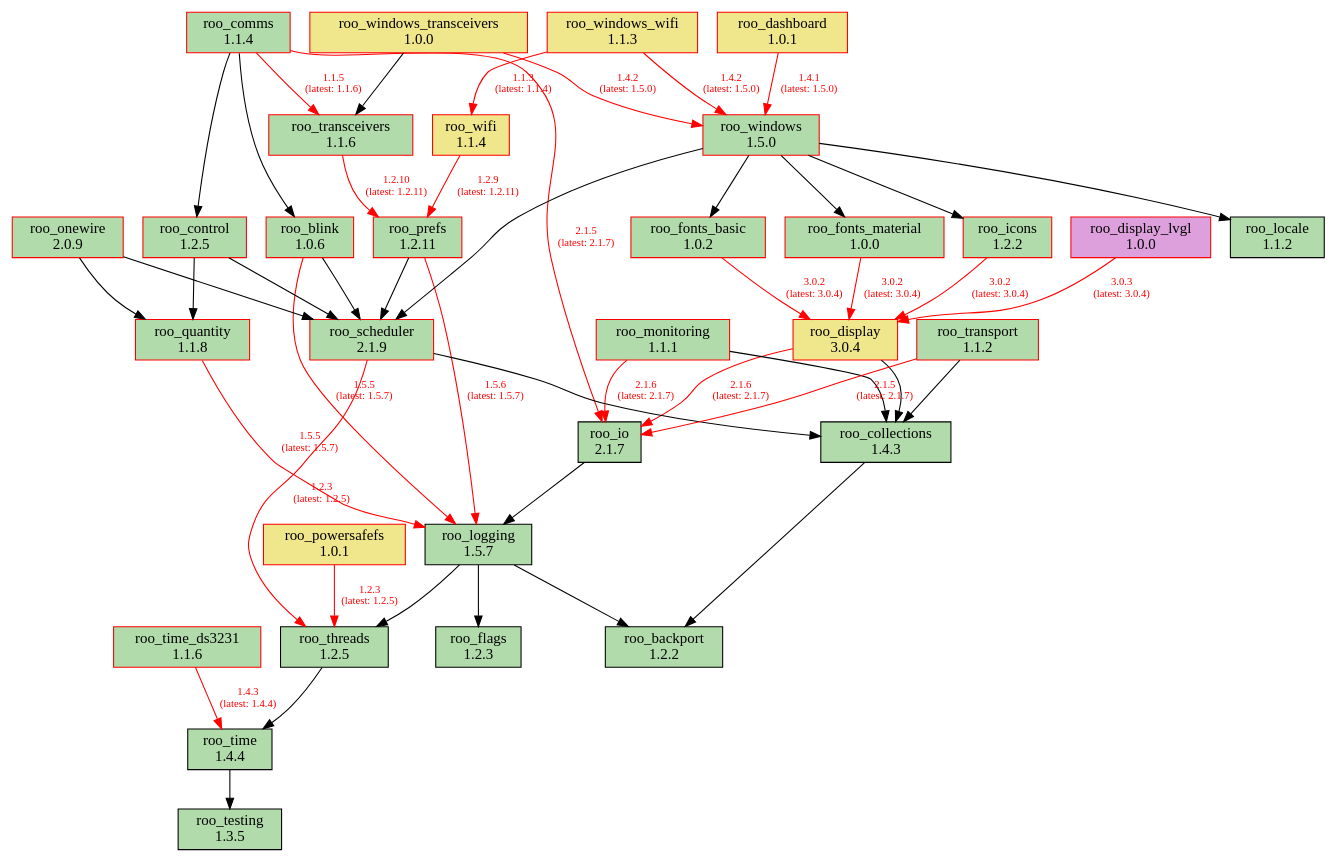
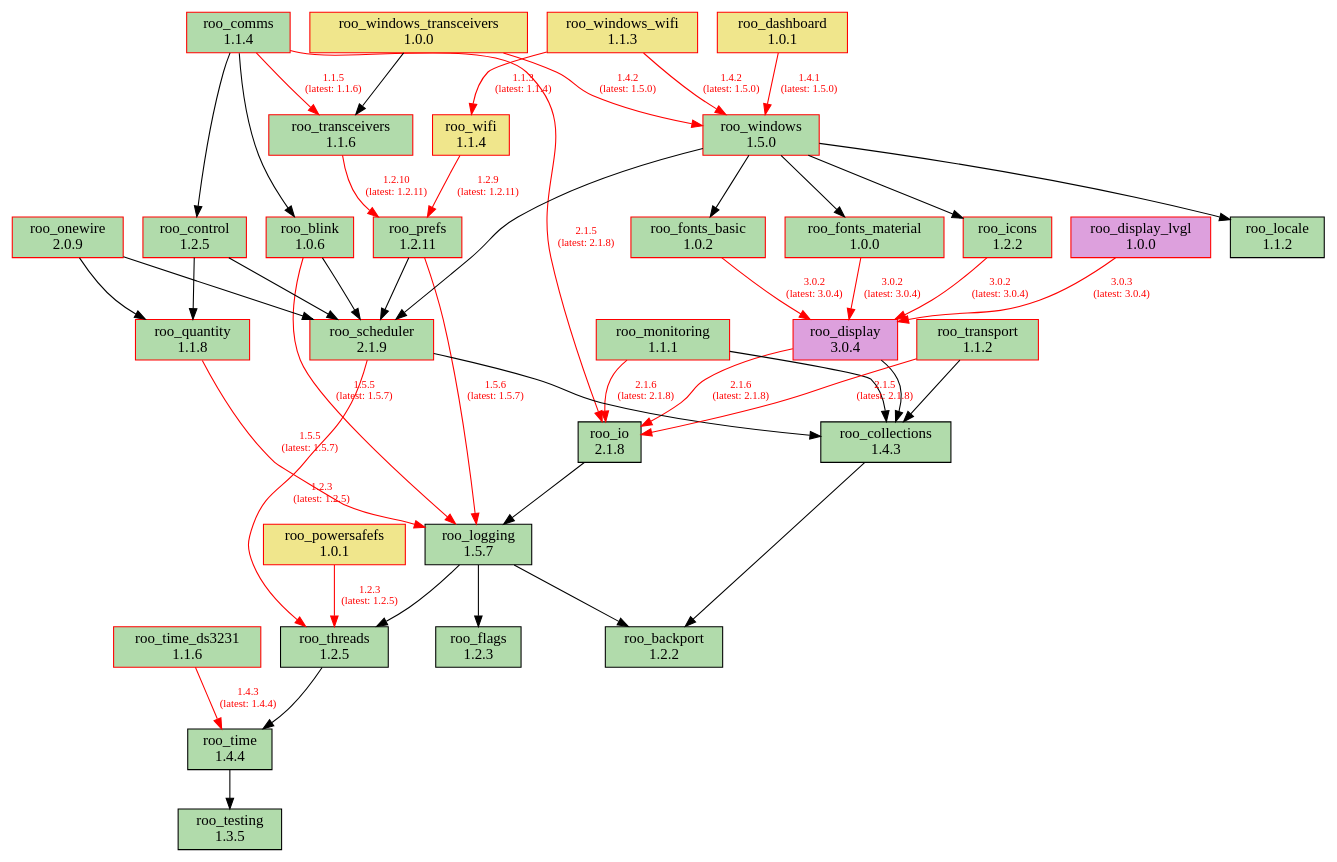
The diagram in doc/dependencies.dot (dejwk/roo-registry), drawn with Graphviz before and after one commit. The commit also changed 3 other files, not shown here.

```diff
--- a/doc/dependencies.dot
+++ b/doc/dependencies.dot
@@ -1,86 +1,86 @@
 digraph dependencies {
     rankdir=TB;
     node [shape=box, style=filled];
     edge [fontsize=10];
 
     // Modules
     "roo_backport" [label="roo_backport\n1.2.2", fillcolor="#b1dbab", color="black"];
     "roo_blink" [label="roo_blink\n1.0.6", fillcolor="#b1dbab", color="red"];
     "roo_collections" [label="roo_collections\n1.4.3", fillcolor="#b1dbab", color="black"];
     "roo_comms" [label="roo_comms\n1.1.4", fillcolor="#b1dbab", color="red"];
     "roo_control" [label="roo_control\n1.2.5", fillcolor="#b1dbab", color="red"];
     "roo_dashboard" [label="roo_dashboard\n1.0.1", fillcolor="khaki", color="red"];
-    "roo_display" [label="roo_display\n3.0.4", fillcolor="khaki", color="red"];
+    "roo_display" [label="roo_display\n3.0.4", fillcolor="plum", color="red"];
     "roo_display_lvgl" [label="roo_display_lvgl\n1.0.0", fillcolor="plum", color="red"];
     "roo_flags" [label="roo_flags\n1.2.3", fillcolor="#b1dbab", color="black"];
     "roo_fonts_basic" [label="roo_fonts_basic\n1.0.2", fillcolor="#b1dbab", color="red"];
     "roo_fonts_material" [label="roo_fonts_material\n1.0.0", fillcolor="#b1dbab", color="red"];
     "roo_icons" [label="roo_icons\n1.2.2", fillcolor="#b1dbab", color="red"];
-    "roo_io" [label="roo_io\n2.1.7", fillcolor="#b1dbab", color="black"];
+    "roo_io" [label="roo_io\n2.1.8", fillcolor="#b1dbab", color="black"];
     "roo_locale" [label="roo_locale\n1.1.2", fillcolor="#b1dbab", color="black"];
     "roo_logging" [label="roo_logging\n1.5.7", fillcolor="#b1dbab", color="black"];
     "roo_monitoring" [label="roo_monitoring\n1.1.1", fillcolor="#b1dbab", color="red"];
     "roo_onewire" [label="roo_onewire\n2.0.9", fillcolor="#b1dbab", color="red"];
     "roo_powersafefs" [label="roo_powersafefs\n1.0.1", fillcolor="khaki", color="red"];
     "roo_prefs" [label="roo_prefs\n1.2.11", fillcolor="#b1dbab", color="red"];
     "roo_quantity" [label="roo_quantity\n1.1.8", fillcolor="#b1dbab", color="red"];
     "roo_scheduler" [label="roo_scheduler\n2.1.9", fillcolor="#b1dbab", color="red"];
     "roo_testing" [label="roo_testing\n1.3.5", fillcolor="#b1dbab", color="black"];
     "roo_threads" [label="roo_threads\n1.2.5", fillcolor="#b1dbab", color="black"];
     "roo_time" [label="roo_time\n1.4.4", fillcolor="#b1dbab", color="black"];
     "roo_time_ds3231" [label="roo_time_ds3231\n1.1.6", fillcolor="#b1dbab", color="red"];
     "roo_transceivers" [label="roo_transceivers\n1.1.6", fillcolor="#b1dbab", color="red"];
     "roo_transport" [label="roo_transport\n1.1.2", fillcolor="#b1dbab", color="red"];
     "roo_wifi" [label="roo_wifi\n1.1.4", fillcolor="khaki", color="red"];
     "roo_windows" [label="roo_windows\n1.5.0", fillcolor="#b1dbab", color="red"];
     "roo_windows_transceivers" [label="roo_windows_transceivers\n1.0.0", fillcolor="khaki", color="red"];
     "roo_windows_wifi" [label="roo_windows_wifi\n1.1.3", fillcolor="khaki", color="red"];
 
     // Dependencies
     "roo_blink" -> "roo_logging" [color=red, fontcolor=red, label="1.5.5\n(latest: 1.5.7)"];
     "roo_blink" -> "roo_scheduler";
     "roo_collections" -> "roo_backport";
     "roo_comms" -> "roo_blink";
     "roo_comms" -> "roo_control";
-    "roo_comms" -> "roo_io" [color=red, fontcolor=red, label="2.1.5\n(latest: 2.1.7)"];
+    "roo_comms" -> "roo_io" [color=red, fontcolor=red, label="2.1.5\n(latest: 2.1.8)"];
     "roo_comms" -> "roo_transceivers" [color=red, fontcolor=red, label="1.1.5\n(latest: 1.1.6)"];
     "roo_control" -> "roo_quantity";
     "roo_control" -> "roo_scheduler";
     "roo_dashboard" -> "roo_windows" [color=red, fontcolor=red, label="1.4.1\n(latest: 1.5.0)"];
     "roo_display" -> "roo_collections";
-    "roo_display" -> "roo_io" [color=red, fontcolor=red, label="2.1.6\n(latest: 2.1.7)"];
+    "roo_display" -> "roo_io" [color=red, fontcolor=red, label="2.1.6\n(latest: 2.1.8)"];
     "roo_display_lvgl" -> "roo_display" [color=red, fontcolor=red, label="3.0.3\n(latest: 3.0.4)"];
     "roo_fonts_basic" -> "roo_display" [color=red, fontcolor=red, label="3.0.2\n(latest: 3.0.4)"];
     "roo_fonts_material" -> "roo_display" [color=red, fontcolor=red, label="3.0.2\n(latest: 3.0.4)"];
     "roo_icons" -> "roo_display" [color=red, fontcolor=red, label="3.0.2\n(latest: 3.0.4)"];
     "roo_io" -> "roo_logging";
     "roo_logging" -> "roo_backport";
     "roo_logging" -> "roo_flags";
     "roo_logging" -> "roo_threads";
     "roo_monitoring" -> "roo_collections";
-    "roo_monitoring" -> "roo_io" [color=red, fontcolor=red, label="2.1.6\n(latest: 2.1.7)"];
+    "roo_monitoring" -> "roo_io" [color=red, fontcolor=red, label="2.1.6\n(latest: 2.1.8)"];
     "roo_onewire" -> "roo_scheduler";
     "roo_onewire" -> "roo_quantity";
     "roo_powersafefs" -> "roo_threads" [color=red, fontcolor=red, label="1.2.3\n(latest: 1.2.5)"];
     "roo_prefs" -> "roo_logging" [color=red, fontcolor=red, label="1.5.6\n(latest: 1.5.7)"];
     "roo_prefs" -> "roo_scheduler";
     "roo_quantity" -> "roo_logging" [color=red, fontcolor=red, label="1.5.5\n(latest: 1.5.7)"];
     "roo_scheduler" -> "roo_collections";
     "roo_scheduler" -> "roo_threads" [color=red, fontcolor=red, label="1.2.3\n(latest: 1.2.5)"];
     "roo_threads" -> "roo_time";
     "roo_time" -> "roo_testing";
     "roo_time_ds3231" -> "roo_time" [color=red, fontcolor=red, label="1.4.3\n(latest: 1.4.4)"];
     "roo_transceivers" -> "roo_prefs" [color=red, fontcolor=red, label="1.2.10\n(latest: 1.2.11)"];
     "roo_transport" -> "roo_collections";
-    "roo_transport" -> "roo_io" [color=red, fontcolor=red, label="2.1.5\n(latest: 2.1.7)"];
+    "roo_transport" -> "roo_io" [color=red, fontcolor=red, label="2.1.5\n(latest: 2.1.8)"];
     "roo_wifi" -> "roo_prefs" [color=red, fontcolor=red, label="1.2.9\n(latest: 1.2.11)"];
     "roo_windows" -> "roo_fonts_basic";
     "roo_windows" -> "roo_fonts_material";
     "roo_windows" -> "roo_locale";
     "roo_windows" -> "roo_icons";
     "roo_windows" -> "roo_scheduler";
     "roo_windows_transceivers" -> "roo_transceivers";
     "roo_windows_transceivers" -> "roo_windows" [color=red, fontcolor=red, label="1.4.2\n(latest: 1.5.0)"];
     "roo_windows_wifi" -> "roo_wifi" [color=red, fontcolor=red, label="1.1.3\n(latest: 1.1.4)"];
     "roo_windows_wifi" -> "roo_windows" [color=red, fontcolor=red, label="1.4.2\n(latest: 1.5.0)"];
 }
```
